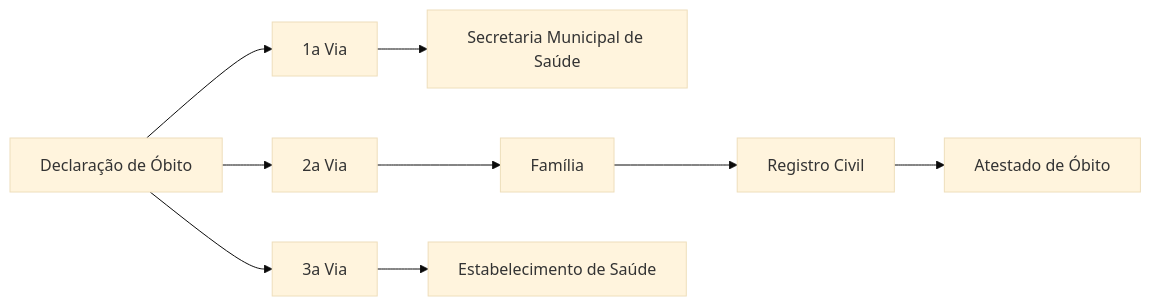
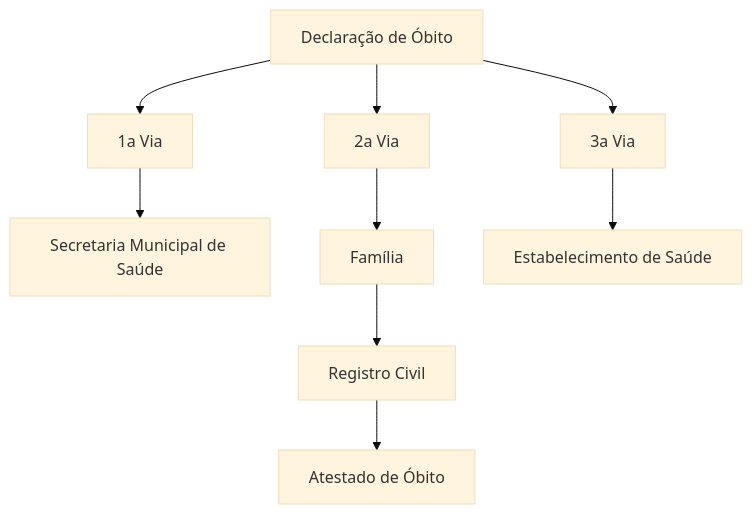
Before and after one commit to rfsaldanha/sis: the diagram in sim.qmd, drawn with Mermaid (base theme). The commit also changed 4 other files, not shown here.

Commit message:
mermaid td

````diff
--- a/sim.qmd
+++ b/sim.qmd
@@ -22,17 +22,17 @@
 ```{mermaid}
 %%| fig-cap: "Fluxo de emissão e destinação das vias da Declaração de Óbito "
 %%| label: fig-do
 
-flowchart LR
+flowchart TD
 do[Declaração de Óbito] --> via1[1a Via]
 do --> via2[2a Via]
 do --> via3[3a Via]
 
 via1 --> sms[Secretaria Municipal de Saúde]
 
 via2 --> fam[Família]
 fam --> rg[Registro Civil]
 rg --> ao[Atestado de Óbito]
 
 via3 --> es[Estabelecimento de Saúde]
 ```
````
